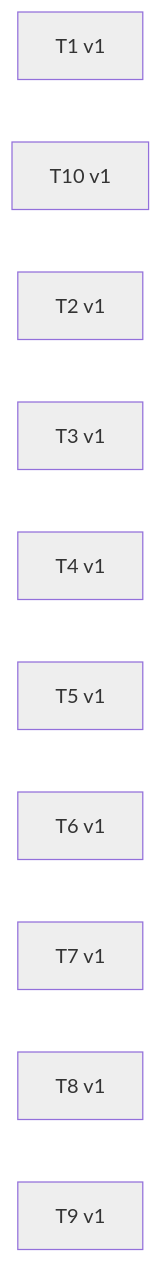
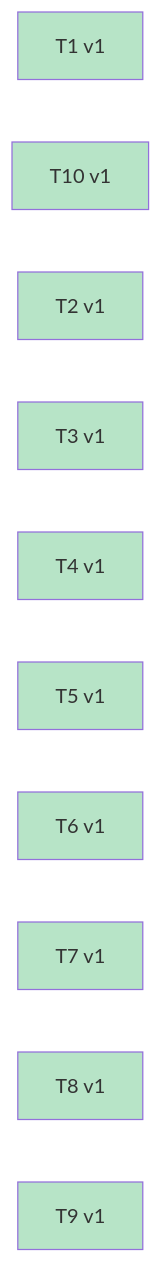
Diagram 59 of 59 in docs/specs/OVERVIEW.md (Curry09/AHE-Beta), drawn with Mermaid before and after one commit. The commit also changed other lines of this file and 2 other files, not shown here.

Commit message:
docs(spec-0029): 全部 task 标记 done，render/graph 重生成

````diff
--- a/docs/specs/OVERVIEW.md
+++ b/docs/specs/OVERVIEW.md
@@ -1415,24 +1415,24 @@
 ```mermaid
 graph LR
     v_T1_1["T1 v1"]
     v_T10_1["T10 v1"]
     v_T2_1["T2 v1"]
     v_T3_1["T3 v1"]
     v_T4_1["T4 v1"]
     v_T5_1["T5 v1"]
     v_T6_1["T6 v1"]
     v_T7_1["T7 v1"]
     v_T8_1["T8 v1"]
     v_T9_1["T9 v1"]
-    classDef st_pending fill:#eeeeee;
-    class v_T1_1 st_pending;
-    class v_T10_1 st_pending;
-    class v_T2_1 st_pending;
-    class v_T3_1 st_pending;
-    class v_T4_1 st_pending;
-    class v_T5_1 st_pending;
-    class v_T6_1 st_pending;
-    class v_T7_1 st_pending;
-    class v_T8_1 st_pending;
-    class v_T9_1 st_pending;
+    classDef st_done fill:#b7e4c7;
+    class v_T1_1 st_done;
+    class v_T10_1 st_done;
+    class v_T2_1 st_done;
+    class v_T3_1 st_done;
+    class v_T4_1 st_done;
+    class v_T5_1 st_done;
+    class v_T6_1 st_done;
+    class v_T7_1 st_done;
+    class v_T8_1 st_done;
+    class v_T9_1 st_done;
 ```
````
